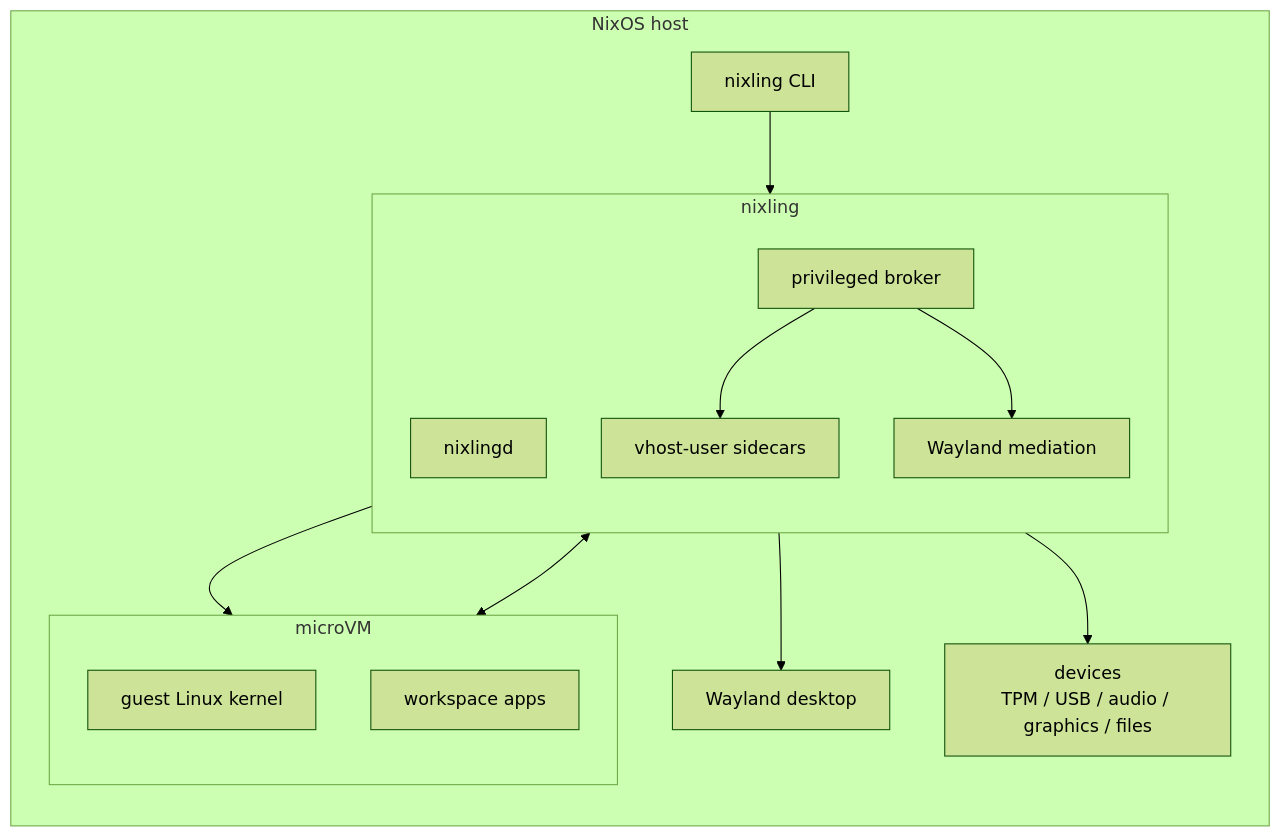
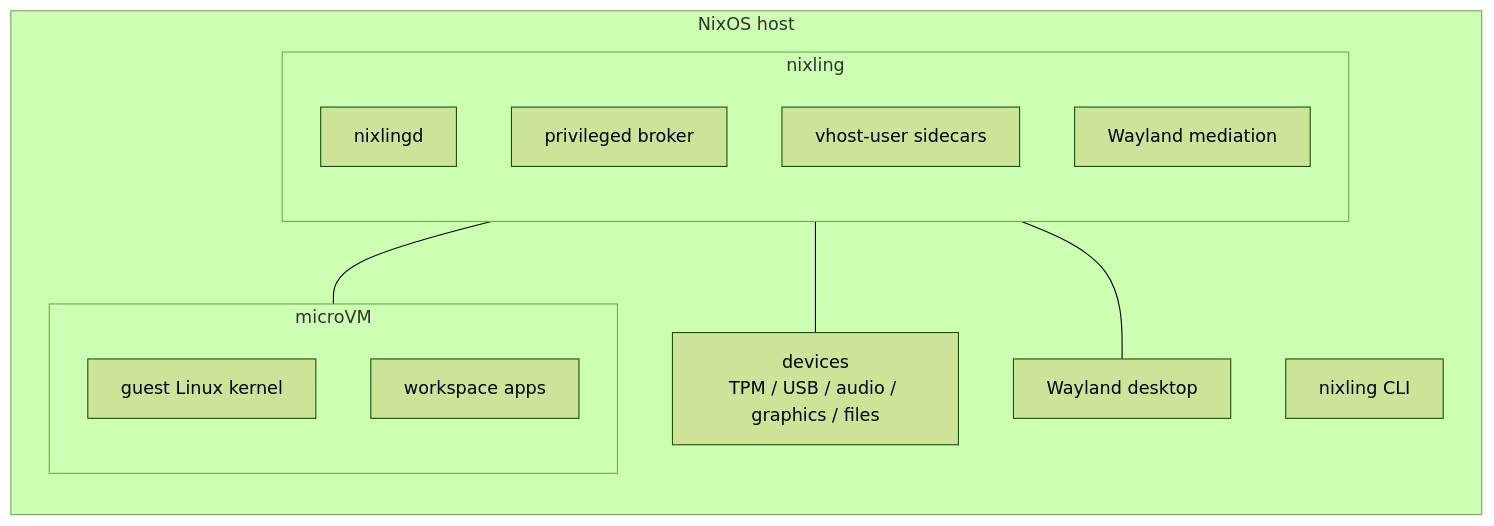
One commit to vicondoa/d2b changed the diagram in README.md. Above: the diagram before and after it, drawn with Mermaid (forest theme).

Commit message:
docs: simplify README diagram edges
Connect only the outer nixling box to the microVM, devices, and Wayland desktop boxes so the diagram avoids lines from or between inner implementation boxes.

````diff
--- a/README.md
+++ b/README.md
@@ -37,31 +37,27 @@
 ```mermaid
 flowchart TB
     subgraph host["NixOS host"]
         direction TB
         cli["nixling CLI"]
         desktop["Wayland desktop"]
         devices["devices<br/>TPM / USB / audio / graphics / files"]
 
         subgraph nixling_box["nixling"]
             direction TB
             nixlingd["nixlingd"]
             broker["privileged broker"]
             vhost["vhost-user sidecars"]
             wayland["Wayland mediation"]
         end
 
         subgraph vm["microVM"]
             direction TB
             kernel["guest Linux kernel"]
             apps["workspace apps"]
         end
     end
 
-    cli --> nixlingd
-    broker --> vm
-    broker --> vhost
-    broker --> wayland
-    wayland --> desktop
-    vhost --> devices
-    vhost <--> vm
+    nixling_box --- vm
+    nixling_box --- devices
+    nixling_box --- desktop
 ```
````
